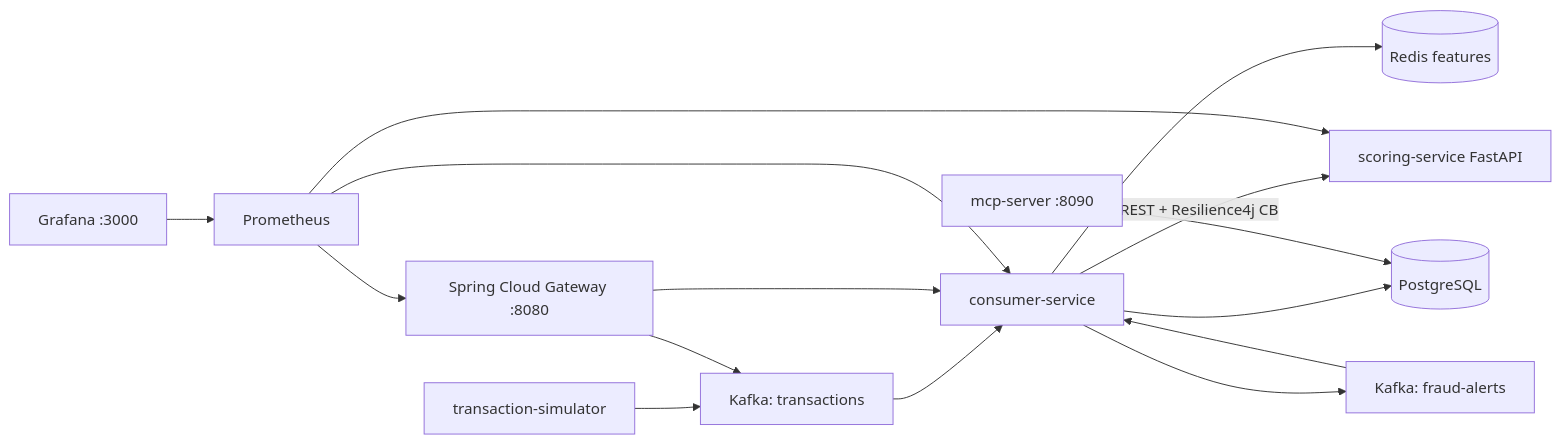
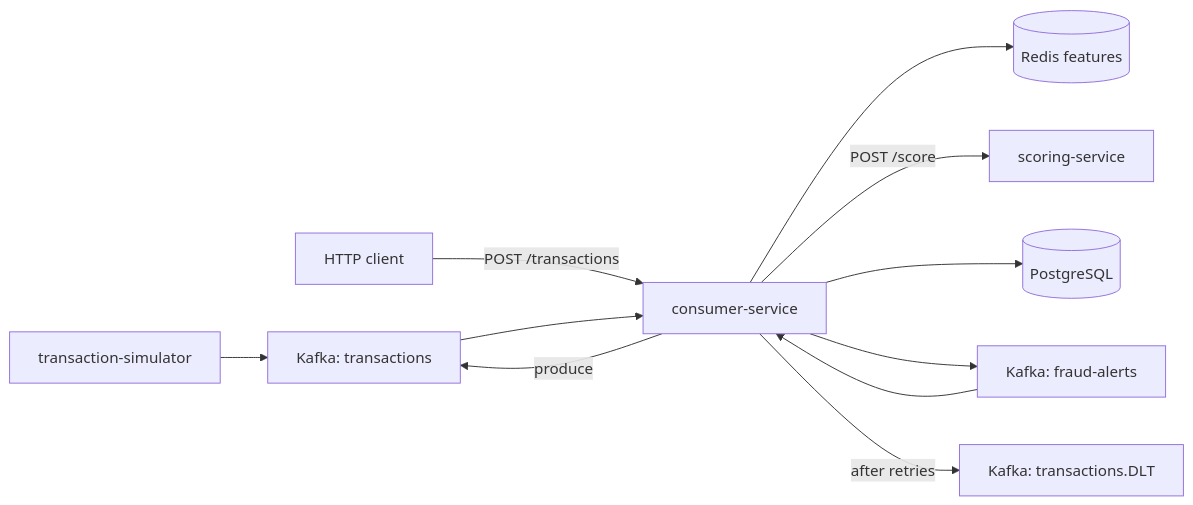
Before and after one commit to Lubhawani-Singh-Chouhan/Fraudguard: the first of 2 diagrams in README.md, drawn with Mermaid. The commit also changed other lines of this file and 2 other files, not shown here.

````diff
--- a/README.md
+++ b/README.md
@@ -15,17 +13,13 @@
 ```mermaid
 flowchart LR
     Sim["transaction-simulator"] --> KafkaTx["Kafka: transactions"]
-    GW["Spring Cloud Gateway :8080"] --> KafkaTx
-    KafkaTx --> Consumer["consumer-service"]
+    Client["HTTP client"] -->|"POST /transactions"| Consumer["consumer-service"]
+    Consumer -->|"produce"| KafkaTx
+    KafkaTx --> Consumer
     Consumer --> Redis[("Redis features")]
-    Consumer -->|"REST + Resilience4j CB"| Score["scoring-service FastAPI"]
+    Consumer -->|"POST /score"| Score["scoring-service"]
     Consumer --> PG[("PostgreSQL")]
     Consumer --> KafkaAlert["Kafka: fraud-alerts"]
     KafkaAlert --> Consumer
-    GW --> Consumer
-    MCP["mcp-server :8090"] --> PG
-    Prom["Prometheus"] --> GW
-    Prom --> Consumer
-    Prom --> Score
-    Graf["Grafana :3000"] --> Prom
+    Consumer -->|"after retries"| DLT["Kafka: transactions.DLT"]
 ```
````
